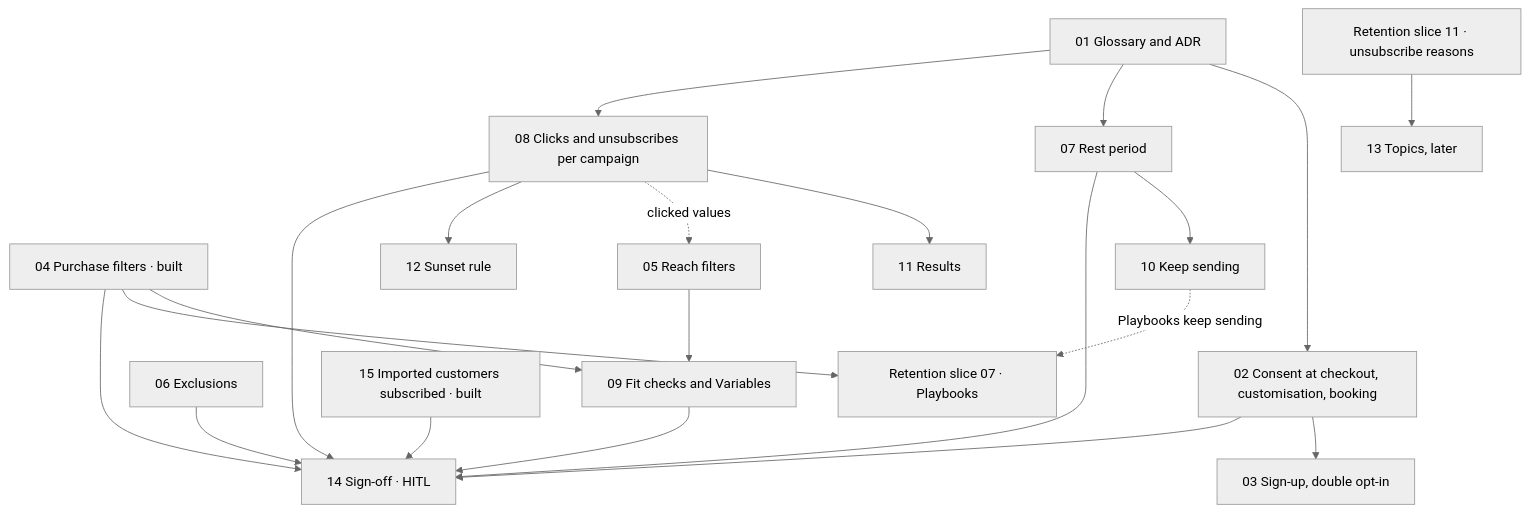
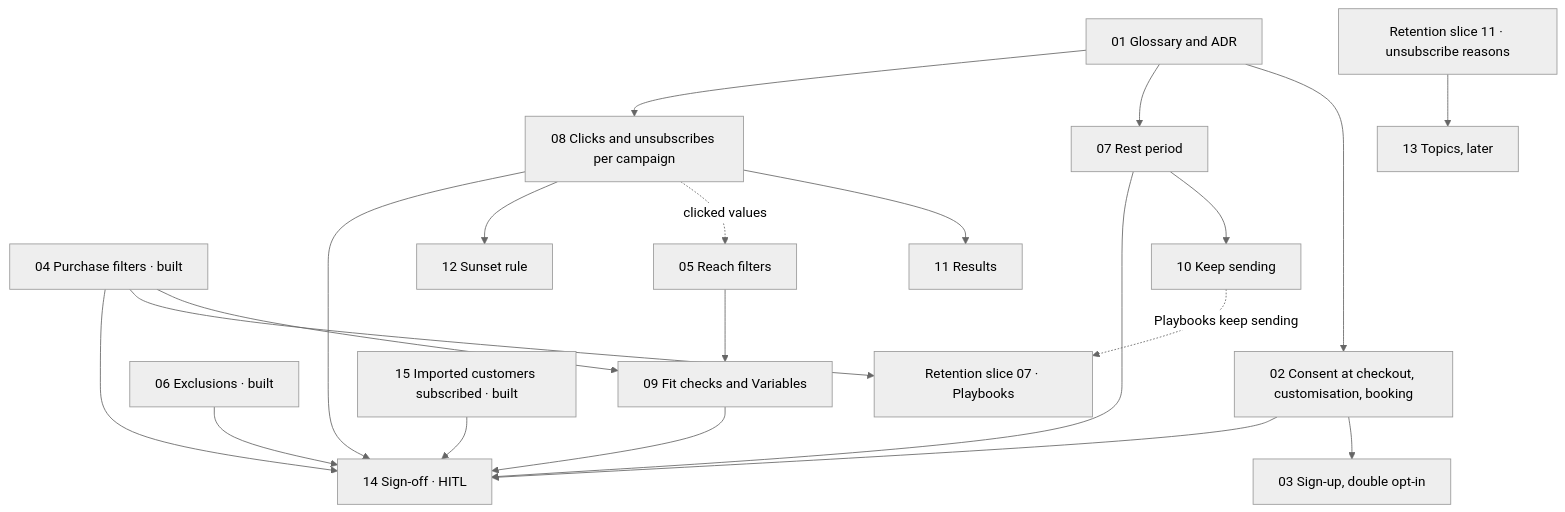
The diagram in .claude/PRD-campaign-audiences/issues/README.md (ivanyeors/mp), drawn with Mermaid (neutral theme) before and after one commit. The commit also changed other lines of this file and 34 other files, not shown here.

````diff
--- a/.claude/PRD-campaign-audiences/issues/README.md
+++ b/.claude/PRD-campaign-audiences/issues/README.md
@@ -34,39 +34,39 @@
 ```mermaid
 graph TD
   s01[01 Glossary and ADR]
   s02[02 Consent at checkout, customisation, booking]
   s03[03 Sign-up, double opt-in]
   s04[04 Purchase filters · built]
   s05[05 Reach filters]
-  s06[06 Exclusions]
+  s06[06 Exclusions · built]
   s07[07 Rest period]
   s08[08 Clicks and unsubscribes per campaign]
   s09[09 Fit checks and Variables]
   s10[10 Keep sending]
   s11[11 Results]
   s12[12 Sunset rule]
   s13[13 Topics, later]
   s14[14 Sign-off · HITL]
   s15[15 Imported customers subscribed · built]
   r07[Retention slice 07 · Playbooks]
   r11[Retention slice 11 · unsubscribe reasons]
 
   s15 --> s14
   s01 --> s02 --> s03
   s01 --> s07 --> s10
   s01 --> s08
   s08 --> s11
   s08 -. clicked values .-> s05
   s08 --> s12
   s04 --> s09
   s05 --> s09
   s04 --> r07
   s10 -. Playbooks keep sending .-> r07
   r11 --> s13
   s02 --> s14
   s04 --> s14
   s06 --> s14
   s07 --> s14
   s08 --> s14
   s09 --> s14
 ```
````
